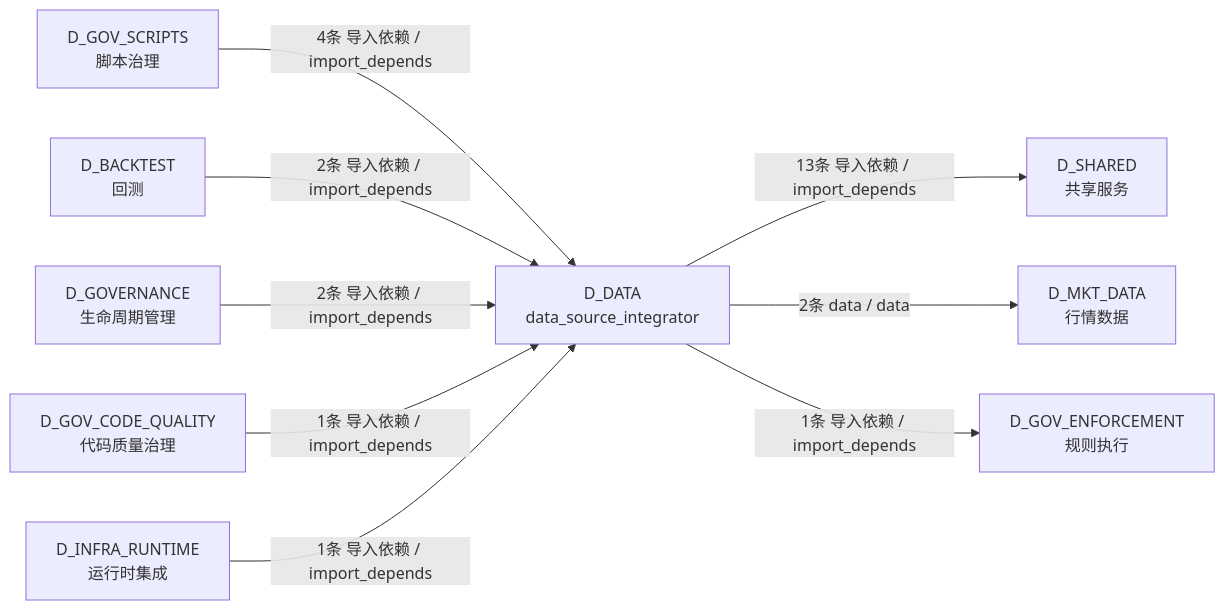
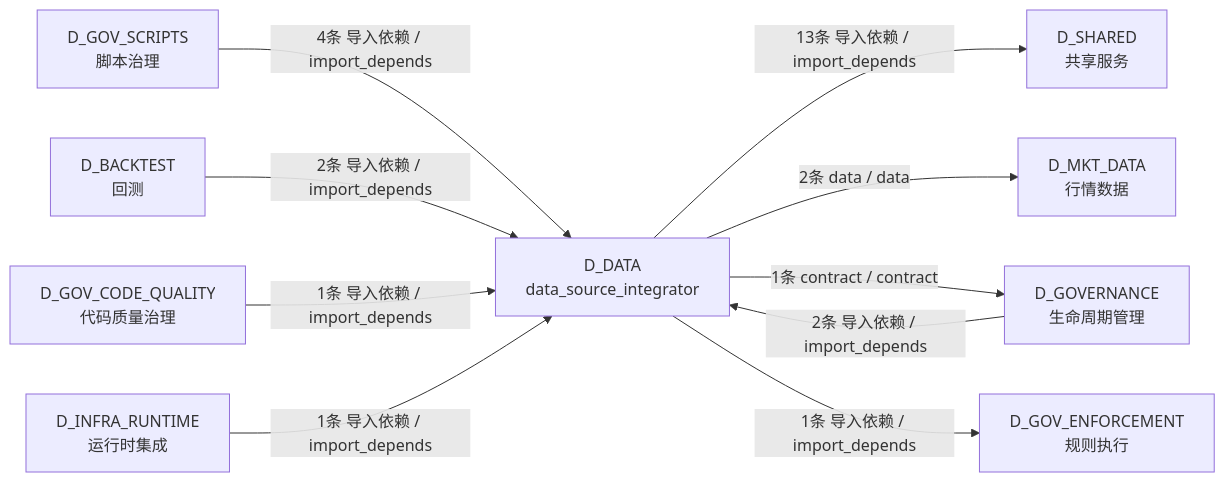
The fifth of 5 diagrams in docs/02_enterprise_architecture/02_domain_architecture_docs/61_d_data.md (xuanFelixVan/ZephyrAlpha), drawn with Mermaid before and after one commit. The commit also changed other lines of this file and 101 other files, not shown here.

````diff
--- a/docs/02_enterprise_architecture/02_domain_architecture_docs/61_d_data.md
+++ b/docs/02_enterprise_architecture/02_domain_architecture_docs/61_d_data.md
@@ -491,20 +494,21 @@
 ```mermaid
 graph LR
     D_DATA["D_DATA<br/>data_source_integrator"]
     D_SHARED["D_SHARED<br/>共享服务"]
     D_MKT_DATA["D_MKT_DATA<br/>行情数据"]
+    D_GOVERNANCE["D_GOVERNANCE<br/>生命周期管理"]
     D_GOV_ENFORCEMENT["D_GOV_ENFORCEMENT<br/>规则执行"]
     D_GOV_SCRIPTS["D_GOV_SCRIPTS<br/>脚本治理"]
     D_BACKTEST["D_BACKTEST<br/>回测"]
-    D_GOVERNANCE["D_GOVERNANCE<br/>生命周期管理"]
     D_GOV_CODE_QUALITY["D_GOV_CODE_QUALITY<br/>代码质量治理"]
     D_INFRA_RUNTIME["D_INFRA_RUNTIME<br/>运行时集成"]
     D_DATA -->|13条 导入依赖 / import_depends| D_SHARED
     D_DATA -->|2条 data / data| D_MKT_DATA
+    D_DATA -->|1条 contract / contract| D_GOVERNANCE
     D_DATA -->|1条 导入依赖 / import_depends| D_GOV_ENFORCEMENT
     D_GOV_SCRIPTS -->|4条 导入依赖 / import_depends| D_DATA
     D_BACKTEST -->|2条 导入依赖 / import_depends| D_DATA
     D_GOVERNANCE -->|2条 导入依赖 / import_depends| D_DATA
     D_GOV_CODE_QUALITY -->|1条 导入依赖 / import_depends| D_DATA
     D_INFRA_RUNTIME -->|1条 导入依赖 / import_depends| D_DATA
 ```
````
